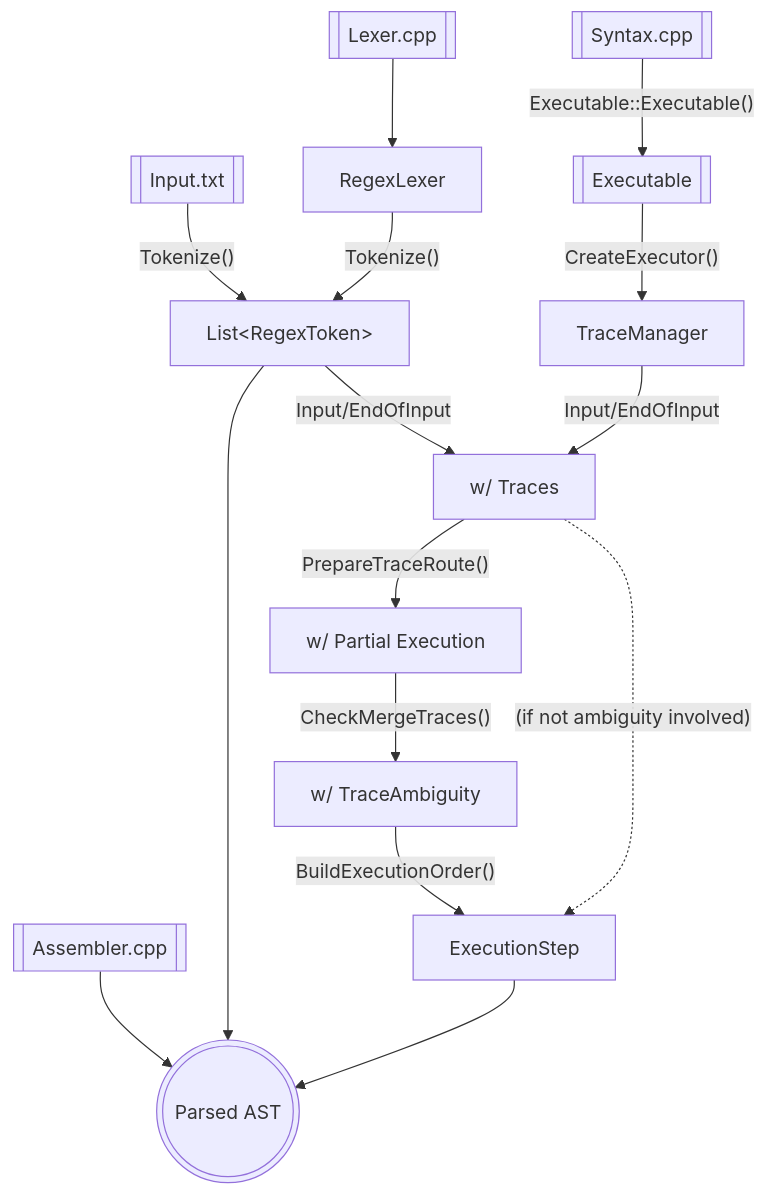
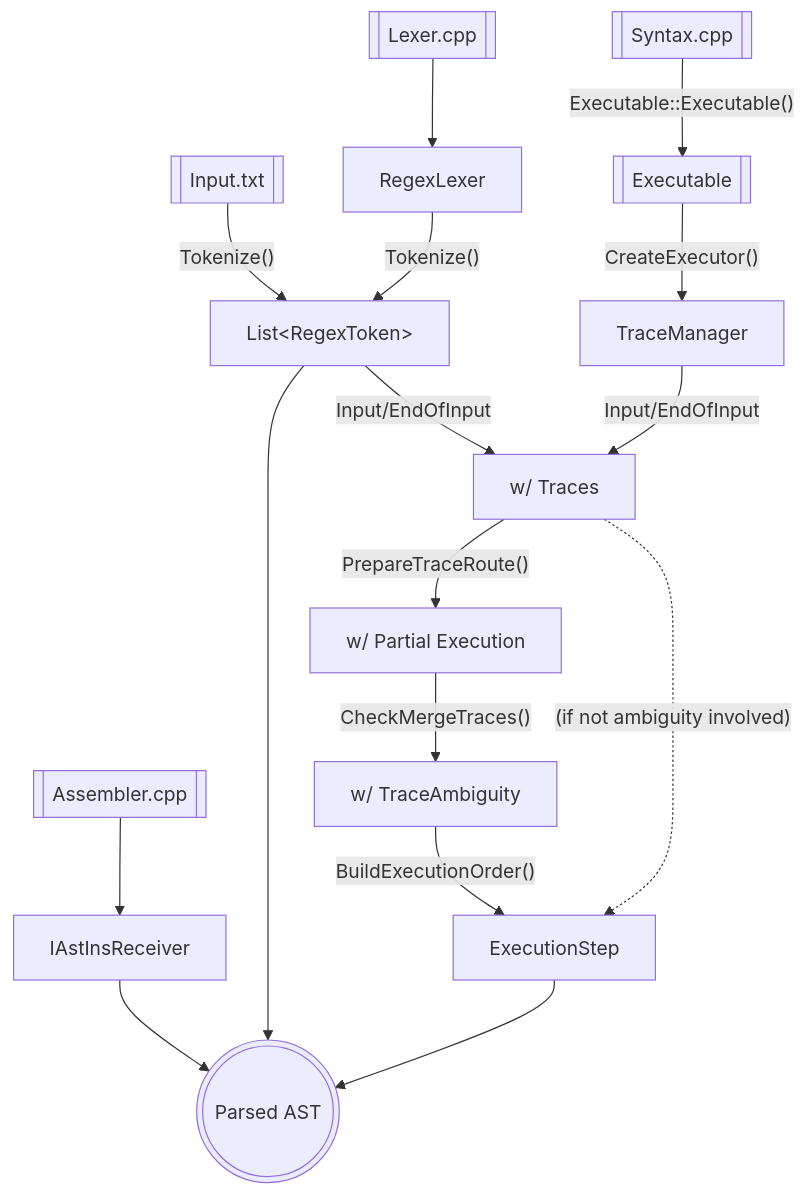
Diagram 29 of 29 in Blog/GLR-Refactoring/Mermaid.md (vczh-websites/vczh), drawn with Mermaid before and after one commit.

````diff
--- a/Blog/GLR-Refactoring/Mermaid.md
+++ b/Blog/GLR-Refactoring/Mermaid.md
@@ -675,13 +675,14 @@
 ```mermaid
 graph TD
   LEXER_GEN_FILE_2[["Lexer.cpp"]] --> LEXER[RegexLexer]
   INPUT[[Input.txt]] & LEXER -- Tokenize() --> TOKENS[List#lt;RegexToken#gt;]
   SYNTAX_GEN_FILE_2[["Syntax.cpp"]] -- Executable::Executable() --> EXECUTABLE[[Executable]]
   EXECUTABLE -- CreateExecutor() --> TRACE_MGR[TraceManager]
   TOKENS & TRACE_MGR -- Input/EndOfInput --> TRACE_MGR2[w/ Traces]
   TRACE_MGR2 -- PrepareTraceRoute() --> TRACE_MGR3[w/ Partial Execution]
   TRACE_MGR3 -- CheckMergeTraces() --> TRACE_MGR4[w/ TraceAmbiguity]
   TRACE_MGR4 -- BuildExecutionOrder() --> STEPS[ExecutionStep]
   TRACE_MGR2 -. (if not ambiguity involved) .-> STEPS
-  AST_GEN_FILE_2[["Assembler.cpp"]] & TOKENS & STEPS --> AST(((Parsed AST)))
+  AST_GEN_FILE_2[["Assembler.cpp"]] --> RECEIVER[IAstInsReceiver]
+  RECEIVER & TOKENS & STEPS --> AST(((Parsed AST)))
 ```
````
